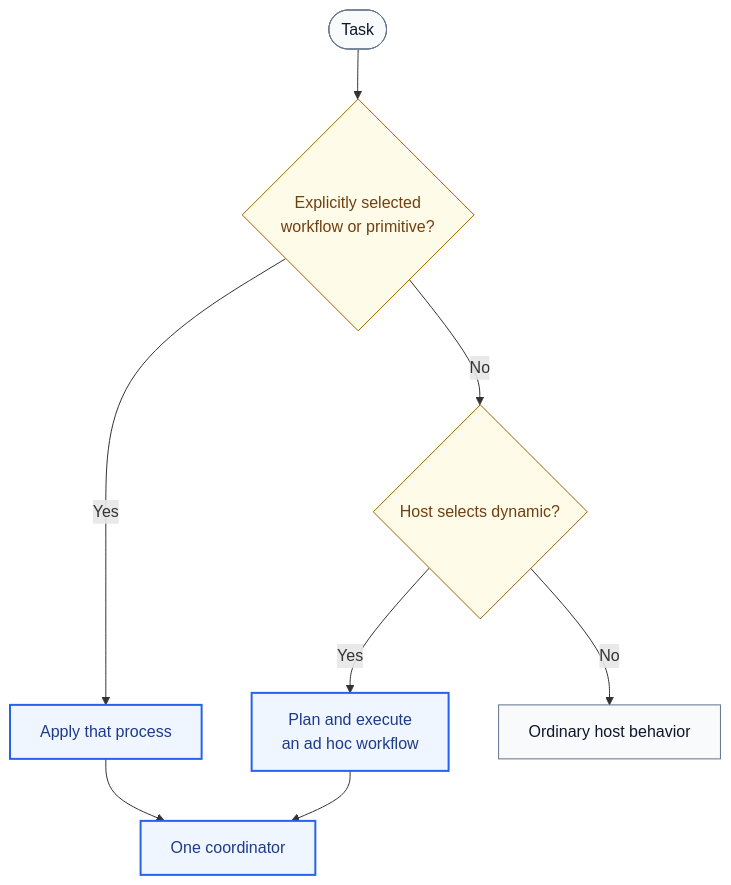
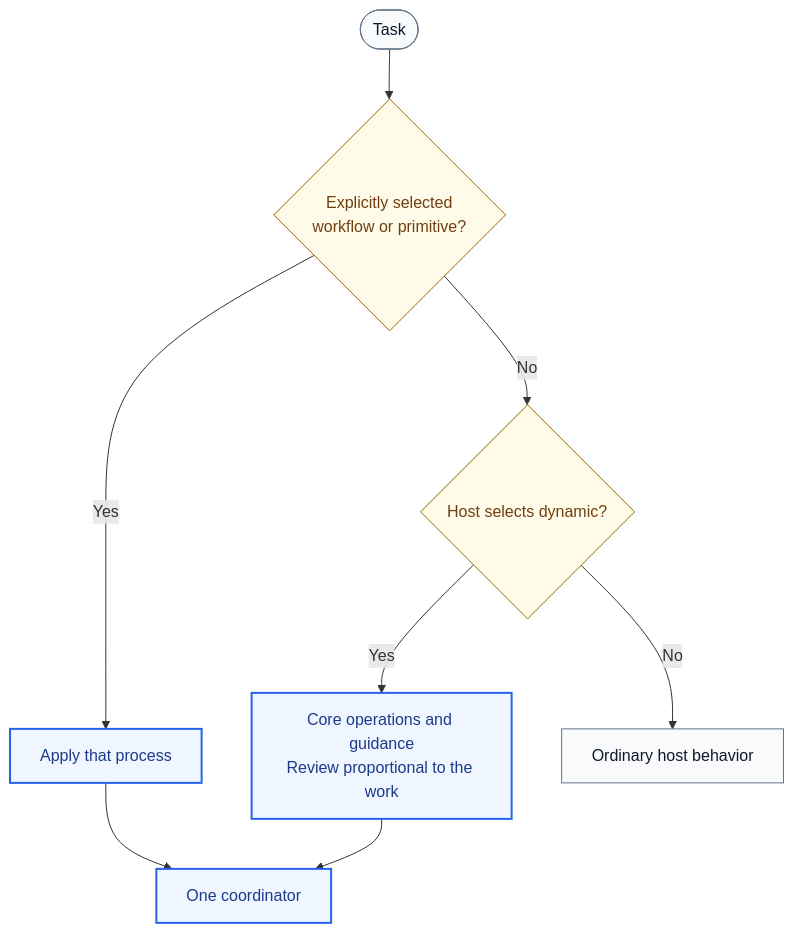
One commit to DanMcInerney/orchflows changed the second of 5 diagrams in DESIGN.md. Above: the diagram before and after it, drawn with Mermaid. The commit also changed other lines of this file and 23 other files, not shown here.

Commit message:
Make dynamic review proportional and restrict it to core guidance

````diff
--- a/DESIGN.md
+++ b/DESIGN.md
@@ -55,16 +55,16 @@
 ```mermaid
 flowchart TB
     U([Task]) --> N{Explicitly selected<br/>workflow or primitive?}
     N -->|Yes| S[Apply that process]
     N -->|No| H{Host selects dynamic?}
-    H -->|Yes| D[Plan and execute<br/>an ad hoc workflow]
+    H -->|Yes| D[Core operations and guidance<br/>Review proportional to the work]
     H -->|No| O[Ordinary host behavior]
     S --> C[One coordinator]
     D --> C
     classDef decision fill:#fefce8,stroke:#a16207,color:#713f12;
     classDef selected fill:#eff6ff,stroke:#2563eb,color:#1e3a8a,stroke-width:2px;
     classDef neutral fill:#f8fafc,stroke:#64748b,color:#0f172a;
     class N,H decision;
     class S,D,C selected;
     class U,O neutral;
 ```
````
